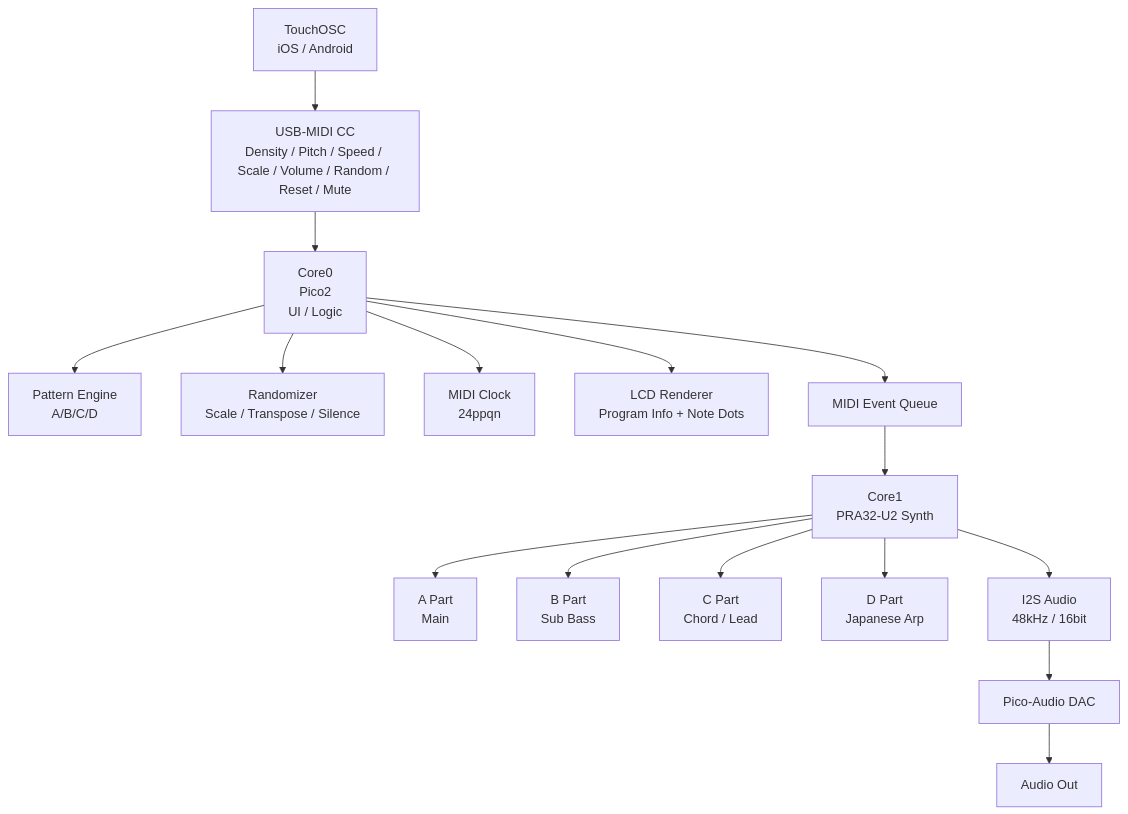
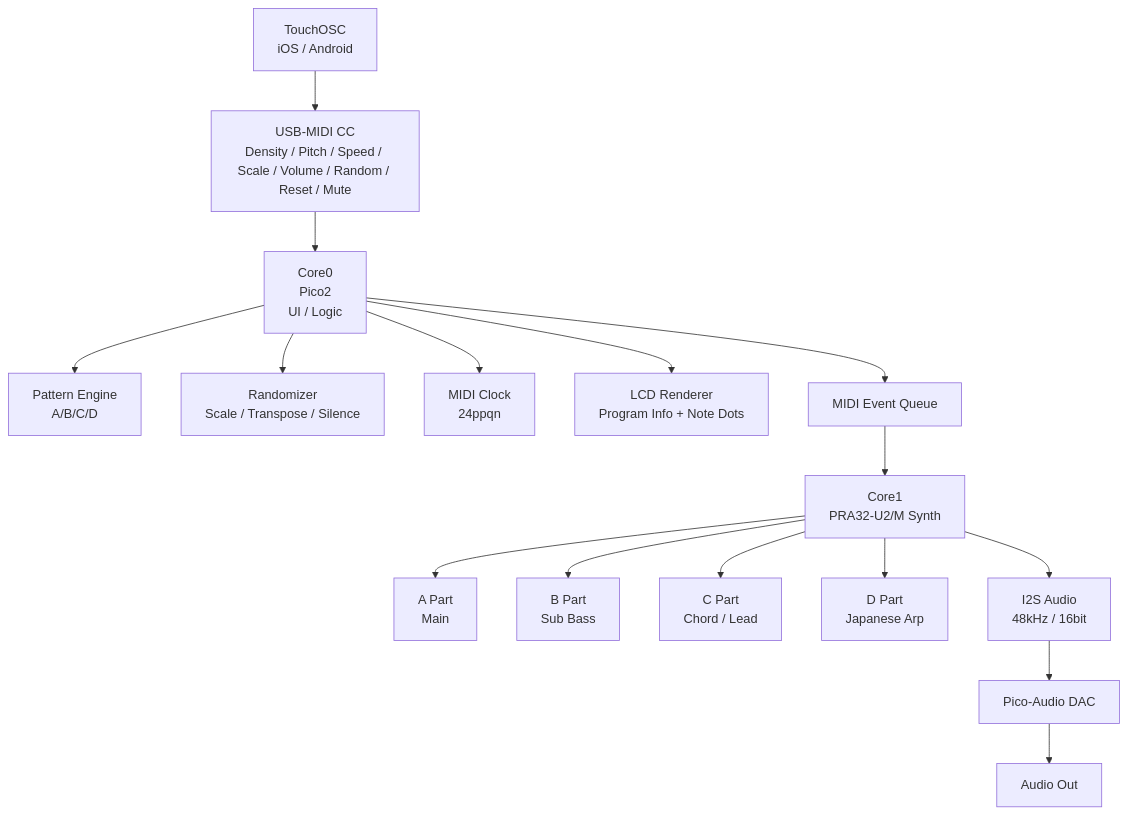
One commit to plantssystem/KOSMOS2 changed the first of 2 diagrams in README.md. Above: the diagram before and after it, drawn with Mermaid. The commit also changed other lines of this file, not shown here.

````diff
--- a/README.md
+++ b/README.md
@@ -203,39 +203,39 @@
 ```mermaid
 flowchart TD
 
     %% ============================
     %% 外部コントローラー
     %% ============================
     TO[TouchOSC<br/>iOS / Android] --> CC[USB-MIDI CC<br/>Density / Pitch / Speed / Scale / Volume / Random / Reset / Mute]
 
     %% ============================
     %% Core0（UI + ロジック）
     %% ============================
     CC --> C0[Core0<br/>Pico2<br/>UI / Logic]
 
     C0 --> PAT[Pattern Engine<br/>A/B/C/D]
     C0 --> RAND[Randomizer<br/>Scale / Transpose / Silence]
     C0 --> CLOCK[MIDI Clock<br/>24ppqn]
     C0 --> LCD[LCD Renderer<br/>Program Info + Note Dots]
 
     %% Core0 → Core1
     C0 --> Q[MIDI Event Queue]
 
     %% ============================
-    %% Core1（PRA32-U2 シンセ）
+    %% Core1（PRA32-U2/M シンセ）
     %% ============================
-    Q --> C1[Core1<br/>PRA32-U2 Synth]
+    Q --> C1[Core1<br/>PRA32-U2/M Synth]
 
     C1 --> A[A Part<br/>Main]
     C1 --> B[B Part<br/>Sub Bass]
     C1 --> C[C Part<br/>Chord / Lead]
     C1 --> D[D Part<br/>Japanese Arp]
 
     %% ============================
     %% オーディオ出力
     %% ============================
     C1 --> I2S[I2S Audio<br/>48kHz / 16bit]
     I2S --> DAC[Pico-Audio DAC]
     DAC --> OUT[Audio Out]
 
 ```
````
